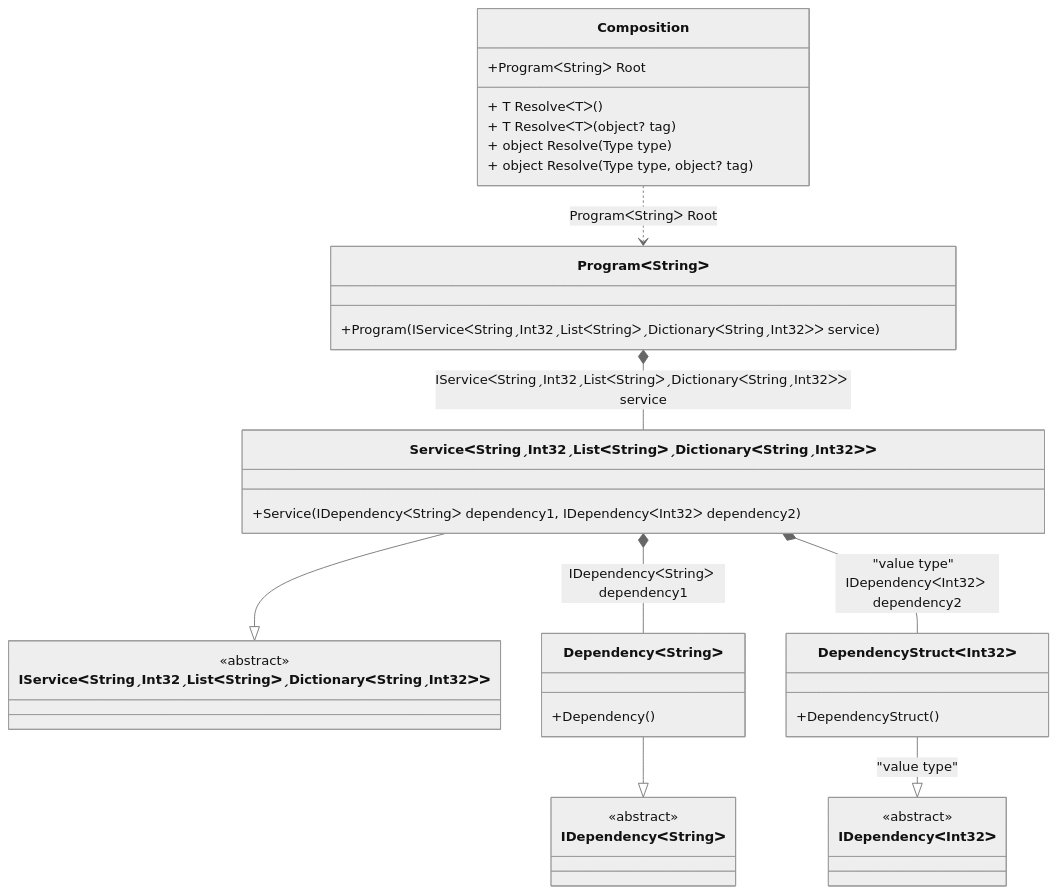
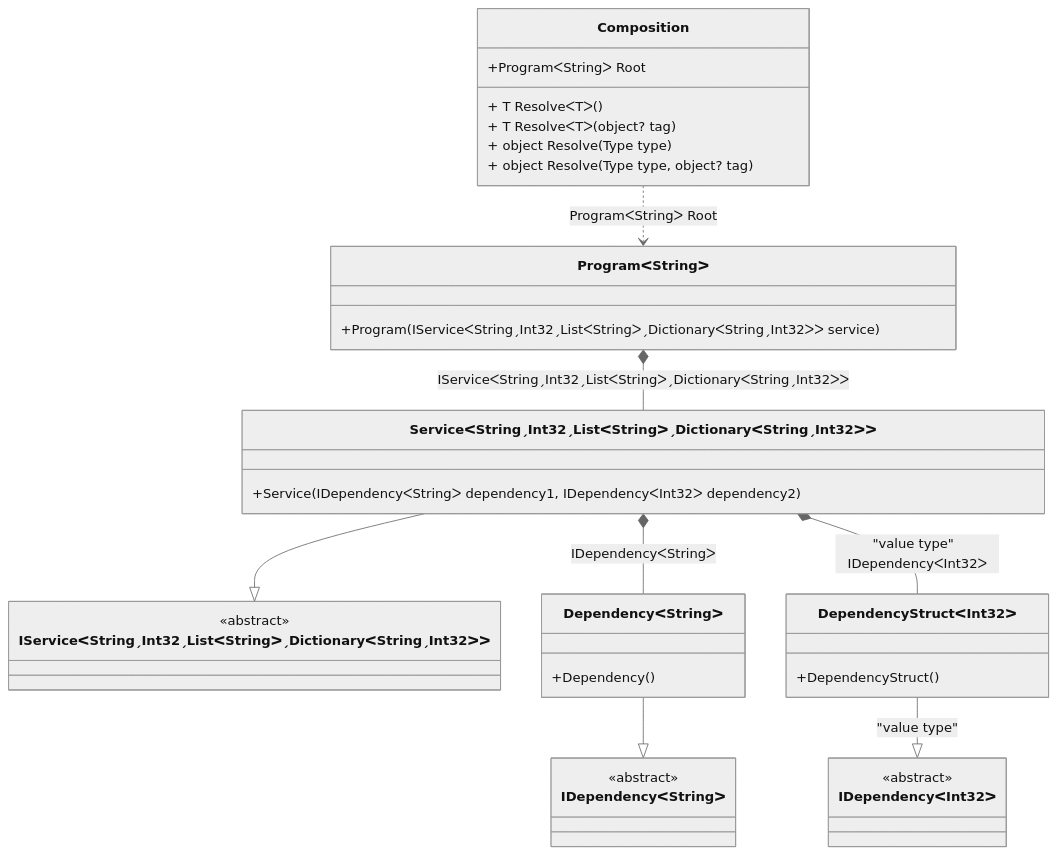
The diagram in readme/complex-generics.md (DevTeam/Pure.DI), drawn with Mermaid (neutral theme) before and after one commit. The commit also changed other lines of this file and 84 other files, not shown here.

````diff
--- a/readme/complex-generics.md
+++ b/readme/complex-generics.md
@@ -69,38 +69,38 @@
 ```mermaid
 classDiagram
   class Composition {
     +ProgramᐸStringᐳ Root
     + T ResolveᐸTᐳ()
     + T ResolveᐸTᐳ(object? tag)
     + object Resolve(Type type)
     + object Resolve(Type type, object? tag)
   }
   class ProgramᐸStringᐳ {
     +Program(IServiceᐸStringˏInt32ˏListᐸStringᐳˏDictionaryᐸStringˏInt32ᐳᐳ service)
   }
   ServiceᐸStringˏInt32ˏListᐸStringᐳˏDictionaryᐸStringˏInt32ᐳᐳ --|> IServiceᐸStringˏInt32ˏListᐸStringᐳˏDictionaryᐸStringˏInt32ᐳᐳ : 
   class ServiceᐸStringˏInt32ˏListᐸStringᐳˏDictionaryᐸStringˏInt32ᐳᐳ {
     +Service(IDependencyᐸStringᐳ dependency1, IDependencyᐸInt32ᐳ dependency2)
   }
   DependencyᐸStringᐳ --|> IDependencyᐸStringᐳ : 
   class DependencyᐸStringᐳ {
     +Dependency()
   }
   DependencyStructᐸInt32ᐳ --|> IDependencyᐸInt32ᐳ : "value type" 
   class DependencyStructᐸInt32ᐳ {
     +DependencyStruct()
   }
   class IServiceᐸStringˏInt32ˏListᐸStringᐳˏDictionaryᐸStringˏInt32ᐳᐳ {
     <<abstract>>
   }
   class IDependencyᐸStringᐳ {
     <<abstract>>
   }
   class IDependencyᐸInt32ᐳ {
     <<abstract>>
   }
-  ProgramᐸStringᐳ *--  ServiceᐸStringˏInt32ˏListᐸStringᐳˏDictionaryᐸStringˏInt32ᐳᐳ : IServiceᐸStringˏInt32ˏListᐸStringᐳˏDictionaryᐸStringˏInt32ᐳᐳ service
+  ProgramᐸStringᐳ *--  ServiceᐸStringˏInt32ˏListᐸStringᐳˏDictionaryᐸStringˏInt32ᐳᐳ : IServiceᐸStringˏInt32ˏListᐸStringᐳˏDictionaryᐸStringˏInt32ᐳᐳ
   Composition ..> ProgramᐸStringᐳ : ProgramᐸStringᐳ Root
-  ServiceᐸStringˏInt32ˏListᐸStringᐳˏDictionaryᐸStringˏInt32ᐳᐳ *--  DependencyᐸStringᐳ : IDependencyᐸStringᐳ dependency1
-  ServiceᐸStringˏInt32ˏListᐸStringᐳˏDictionaryᐸStringˏInt32ᐳᐳ *--  DependencyStructᐸInt32ᐳ : "value type"  IDependencyᐸInt32ᐳ dependency2
+  ServiceᐸStringˏInt32ˏListᐸStringᐳˏDictionaryᐸStringˏInt32ᐳᐳ *--  DependencyᐸStringᐳ : IDependencyᐸStringᐳ
+  ServiceᐸStringˏInt32ˏListᐸStringᐳˏDictionaryᐸStringˏInt32ᐳᐳ *--  DependencyStructᐸInt32ᐳ : "value type"  IDependencyᐸInt32ᐳ
 ```
````
